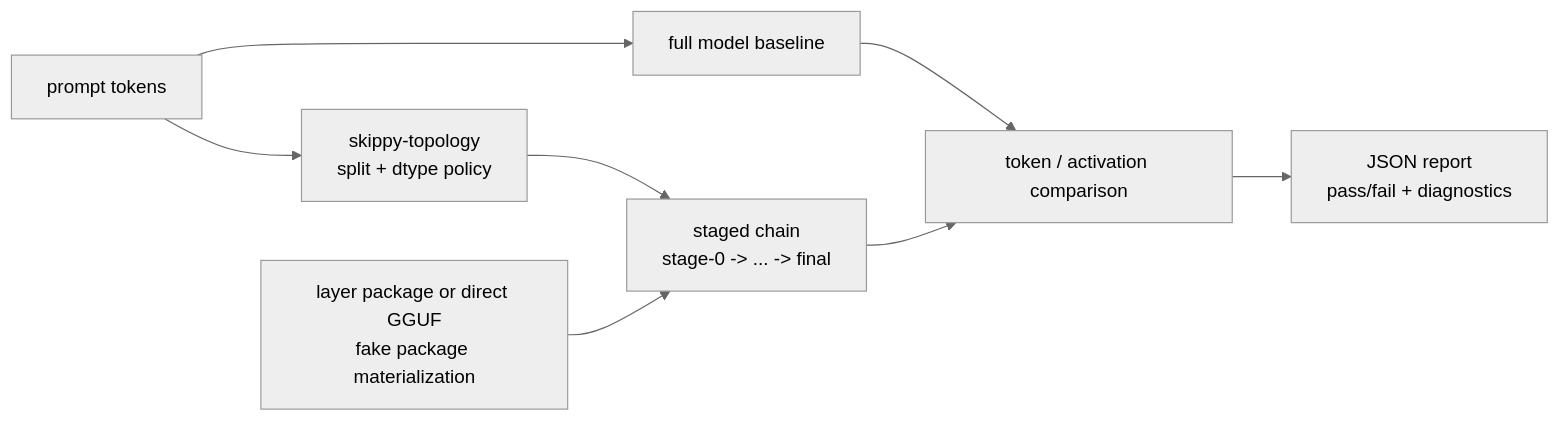
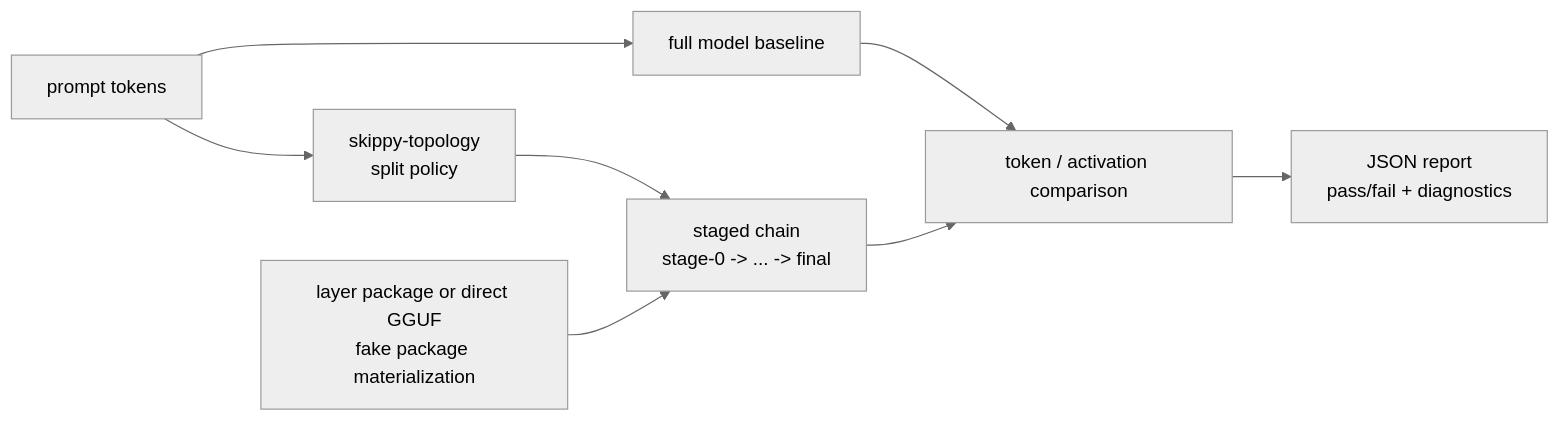
One commit to Battlefield-Art/mesh-llm changed the diagram in crates/skippy-correctness/README.md. Above: the diagram before and after it, drawn with Mermaid (neutral theme). The commit also changed other lines of this file and 154 other files, not shown here.

````diff
--- a/crates/skippy-correctness/README.md
+++ b/crates/skippy-correctness/README.md
@@ -16,10 +16,10 @@
 ```mermaid
 flowchart LR
     P["prompt tokens"] --> Full["full model baseline"]
-    P --> Plan["skippy-topology<br/>split + dtype policy"]
+    P --> Plan["skippy-topology<br/>split policy"]
     Plan --> Staged["staged chain<br/>stage-0 -> ... -> final"]
     Package["layer package or direct GGUF<br/>fake package materialization"] --> Staged
     Full --> Compare["token / activation comparison"]
     Staged --> Compare
     Compare --> Report["JSON report<br/>pass/fail + diagnostics"]
 ```
````
